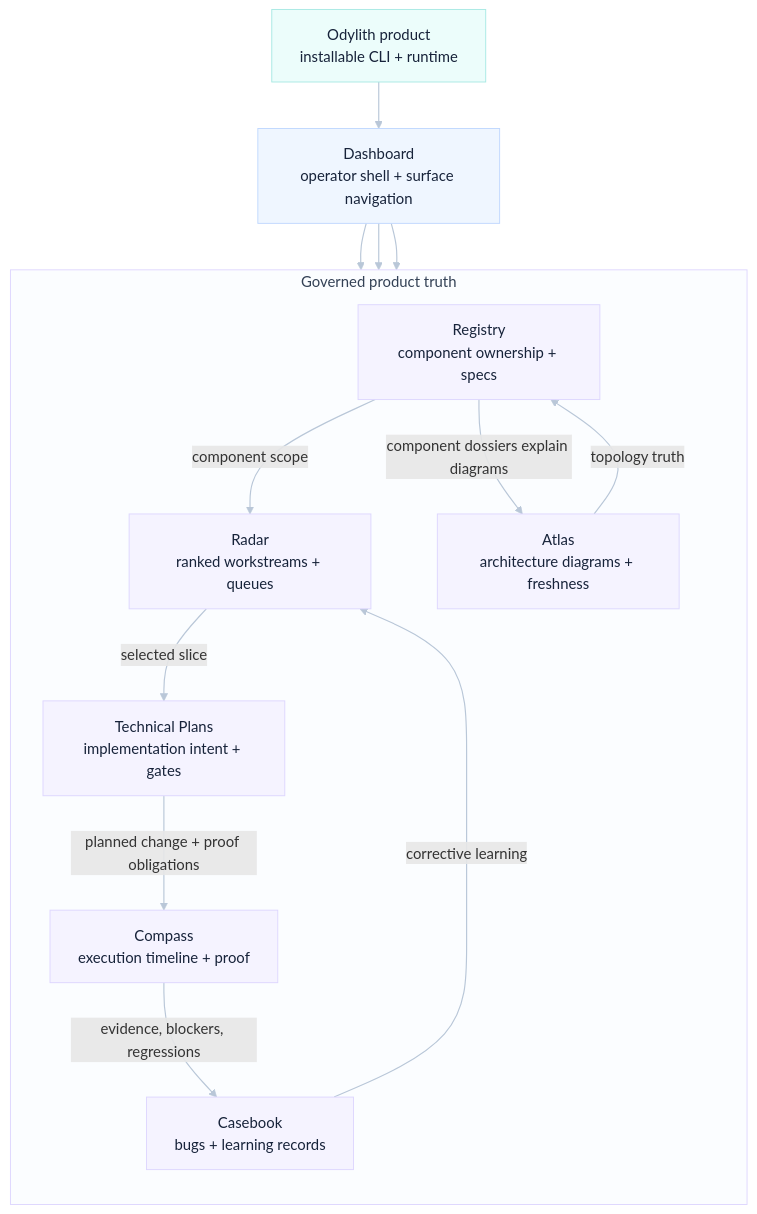
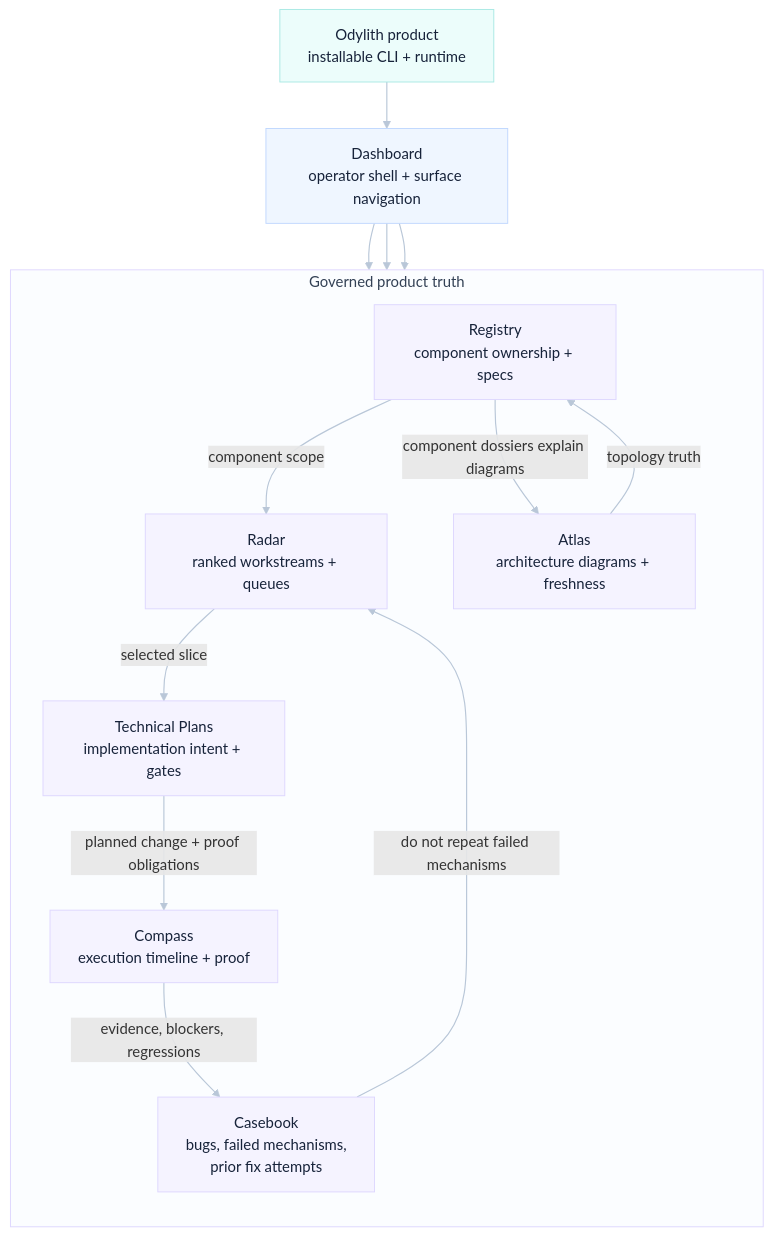
The diagram in odylith/atlas/source/odylith-product-governance-loop.mmd (odylith/odylith), drawn with Mermaid before and after one commit. The commit also changed 190 other files, not shown here.

```diff
--- a/odylith/atlas/source/odylith-product-governance-loop.mmd
+++ b/odylith/atlas/source/odylith-product-governance-loop.mmd
@@ -1,38 +1,38 @@
 %% Product Governance Loop: read top to bottom from the installable product into the operator shell, then follow the governed truth loop.
 flowchart TB
     odylith["Odylith product<br/>installable CLI + runtime"]
     dashboard["Dashboard<br/>operator shell + surface navigation"]
 
     subgraph truth["Governed product truth"]
         direction TB
         registry["Registry<br/>component ownership + specs"]
         atlas["Atlas<br/>architecture diagrams + freshness"]
         radar["Radar<br/>ranked workstreams + queues"]
         plans["Technical Plans<br/>implementation intent + gates"]
         compass["Compass<br/>execution timeline + proof"]
-        casebook["Casebook<br/>bugs + learning records"]
+        casebook["Casebook<br/>bugs, failed mechanisms,<br/>prior fix attempts"]
     end
 
     odylith --> dashboard
     dashboard --> radar
     dashboard --> registry
     dashboard --> atlas
 
     registry -- "component scope" --> radar
     radar -- "selected slice" --> plans
     plans -- "planned change + proof obligations" --> compass
     compass -- "evidence, blockers, regressions" --> casebook
-    casebook -- "corrective learning" --> radar
+    casebook -- "do not repeat failed mechanisms" --> radar
     atlas -- "topology truth" --> registry
     registry -- "component dossiers explain diagrams" --> atlas
 
     classDef product fill:#ECFDFB,stroke:#A7E9E3,color:#17233A,stroke-width:1px;
     classDef shell fill:#EFF6FF,stroke:#BFD7FE,color:#17233A,stroke-width:1px;
     classDef truth fill:#F5F3FF,stroke:#DDD6FE,color:#17233A,stroke-width:1px;
     classDef proof fill:#F5F3FF,stroke:#DDD6FE,color:#17233A,stroke-width:1px;
     class odylith product;
     class dashboard shell;
     class registry,atlas,radar,plans truth;
     class compass,casebook proof;
     style truth fill:#FBFDFF,stroke:#DDD6FE,stroke-width:1px,color:#334155
     linkStyle default stroke:#B9C7D8,stroke-width:1.25px
```
